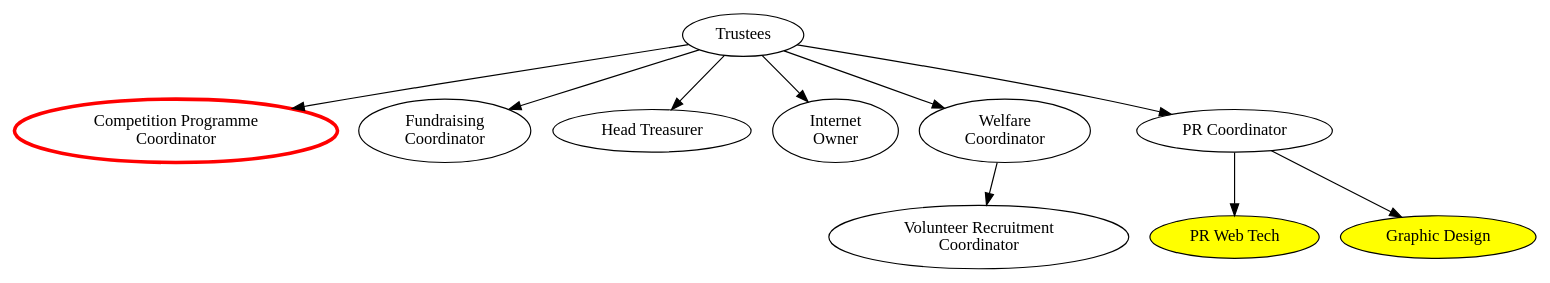
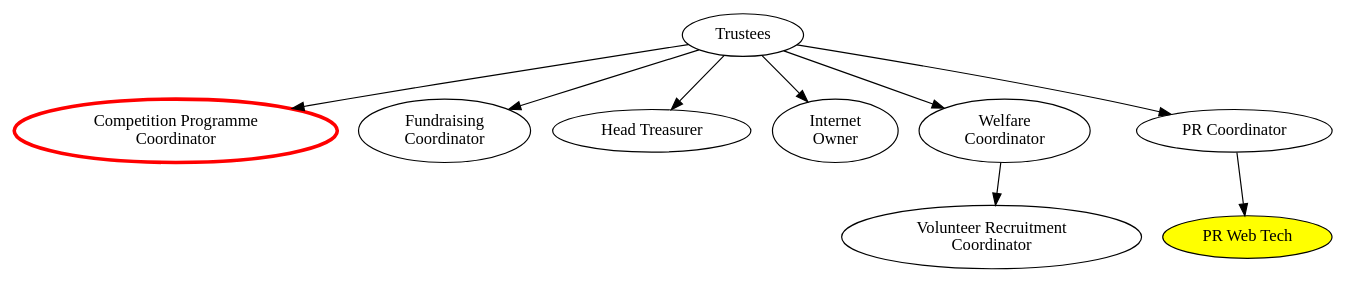
The diagram in org-chart/top.dot (Adimote/legacy-ops-manual), drawn with Graphviz before and after one commit. The commit also changed 1 other file, not shown here.

Commit message:
Remove "Graphic Design" from the org-chart
Now that unnamed roles exist, it seems sensible to just make the
graphical style of SR the responsibility of the PR Coordinator.

```diff
--- a/org-chart/top.dot
+++ b/org-chart/top.dot
@@ -1,29 +1,28 @@
 digraph {
 	####### Node declarations
 	### Highest-level
 	trustees [label="Trustees" email="trustees@studentrobotics.org"];
 	
 	### Second level
 	comp_prog_coord [label="Competition Programme\nCoordinator" color=red penwidth=3 rolesexclude=true]; // Email and tel defined in comp-prog.dot
 	fund_coord [label="Fundraising\nCoordinator" email="fundraising@studentrobotics.org"];
 	head_treasurer [label="Head Treasurer" email="treasurer@studentrobotics.org"];
 	internet_owner [label="Internet\nOwner" email="internet@studentrobotics.org"];
 	welfare_coord [label="Welfare\nCoordinator" email="welfare@studentrobotics.org"];
 	pr_coord [label="PR Coordinator" email="pr@studentrobotics.org"];
 	
 	### Third Level
 	
 	# PR Coordinator Subordinates
 	pr_web_tech [label="PR Web Tech" fillcolor=yellow style=filled contactsexclude=true];
-	graphic_design [label="Graphic Design" fillcolor=yellow style=filled contactsexclude=true];
 	
 	# Welfare Coordinator Subordinates
 	vol_rec_coord[label="Volunteer Recruitment\nCoordinator" email="volunteer-recruitment@studentrobotics.org"];
 	
 	###### Connections between nodes
 	
 	trustees -> { comp_prog_coord fund_coord head_treasurer pr_coord internet_owner welfare_coord };
 	
-	pr_coord -> { pr_web_tech graphic_design };
+	pr_coord -> { pr_web_tech };
 	welfare_coord -> { vol_rec_coord };
 }
```
